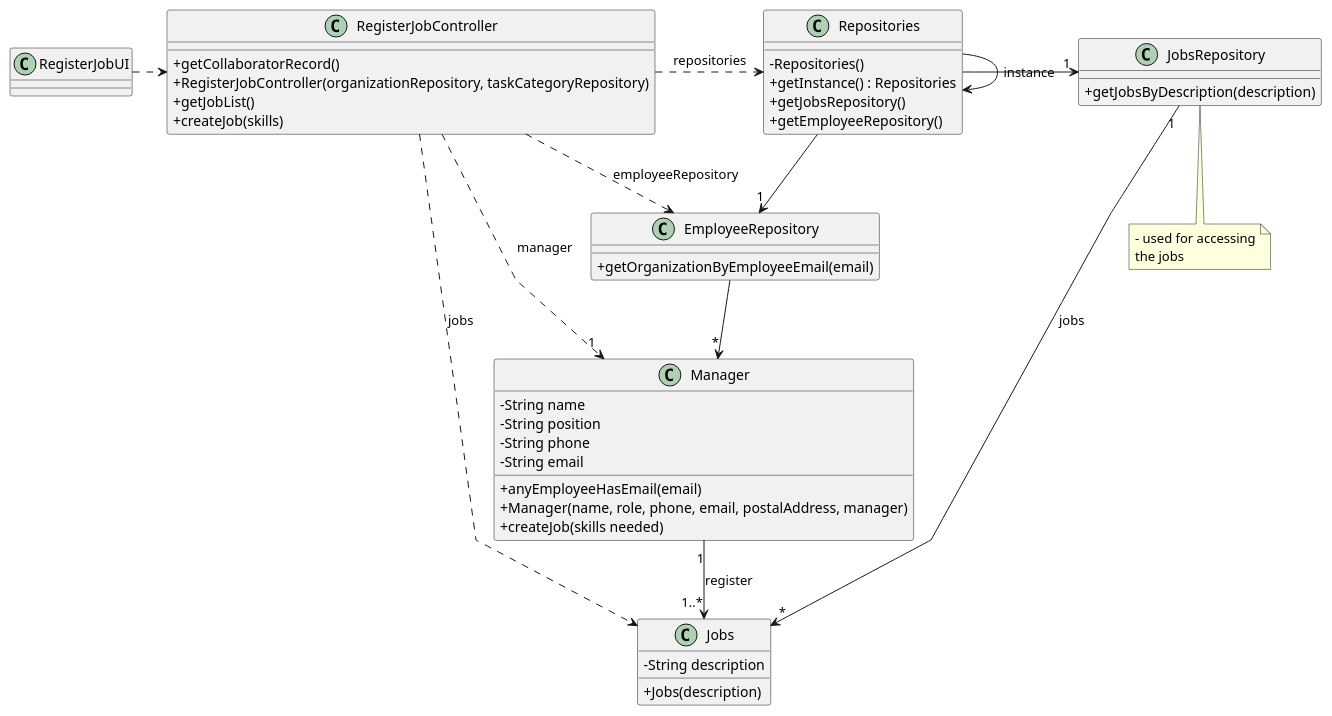
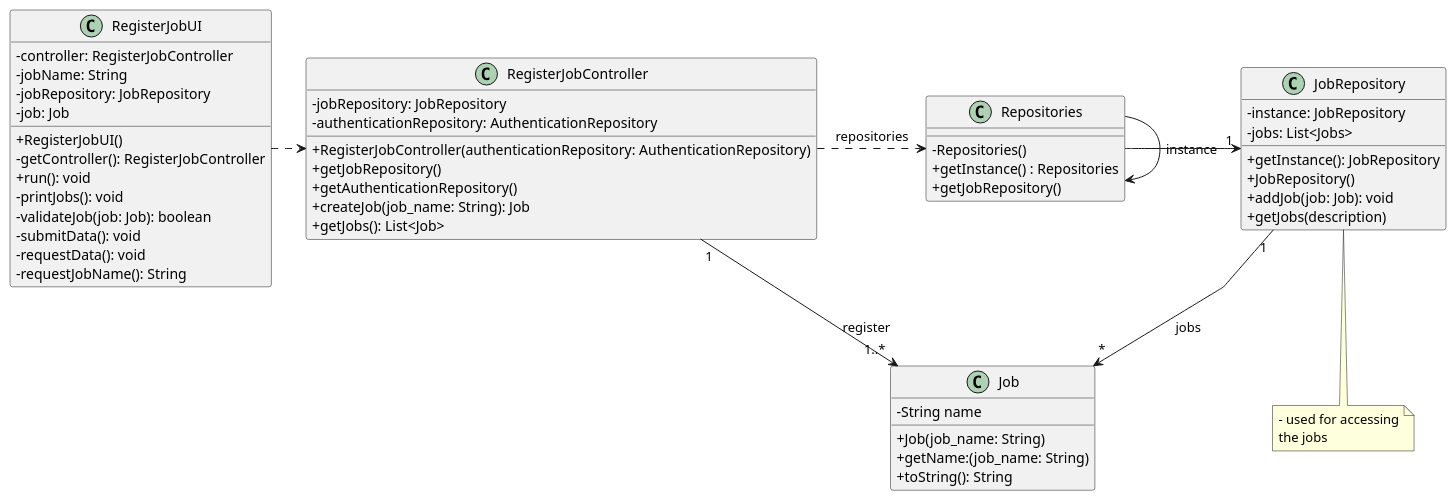
One commit to Departamento-de-Engenharia-Informatica/lei-24-s2-1df-1de-g063 changed the diagram in docs/sprintB/us002/03.design/puml/us02-class-diagram.puml. Above: the diagram before and after it, drawn with PlantUML. The commit also changed 8 other files, not shown here.

Commit message:
Class Diagram from US01 and US02

```diff
--- a/docs/sprintB/us002/03.design/puml/us02-class-diagram.puml
+++ b/docs/sprintB/us002/03.design/puml/us02-class-diagram.puml
@@ -1,80 +1,83 @@
 @startuml
 'skinparam monochrome true
 skinparam packageStyle rectangle
 skinparam shadowing false
 skinparam linetype polyline
 'skinparam linetype orto
 
 skinparam classAttributeIconSize 0
 
 'left to right direction
 
-class Jobs {
-    - String description
+class Job {
+    - String name
 
-    + Jobs(description)
+    + Job(job_name: String)
+    + getName:(job_name: String)
+    + toString(): String
 }
 
-class Manager {
-    - String name
-    - String position
-    - String phone
-    - String email
+class JobRepository {
 
-    + anyEmployeeHasEmail(email)
-    + Manager(name, role, phone, email, postalAddress, manager)
-    + createJob(skills needed)
+    - instance: JobRepository
+    - jobs: List<Jobs>
+    + getInstance(): JobRepository
+    + JobRepository()
+    + addJob(job: Job): void
+    + getJobs(description)
+
 }
 
-class JobsRepository {
-    + getJobsByDescription(description)
-}
-
-class EmployeeRepository {
-    + getOrganizationByEmployeeEmail(email)
-}
 
 class Repositories {
     - Repositories()
     + getInstance() : Repositories
-    + getJobsRepository()
-    + getEmployeeRepository()
+    + getJobRepository()
 }
 
 class RegisterJobController {
+    - jobRepository: JobRepository
+    - authenticationRepository: AuthenticationRepository
 
-    + getCollaboratorRecord()
-    + RegisterJobController(organizationRepository, taskCategoryRepository)
-    + getJobList()
-    + createJob(skills)
+    + RegisterJobController(authenticationRepository: AuthenticationRepository)
+    + getJobRepository()
+    + getAuthenticationRepository()
+    + createJob(job_name: String): Job
+    + getJobs(): List<Job>
 }
 
-note bottom of JobsRepository
+note bottom of JobRepository
     - used for accessing
     the jobs
 end note
 
 class RegisterJobUI {
+    -controller: RegisterJobController
+    -jobName: String
+    -jobRepository: JobRepository
+    -job: Job
+
+    + RegisterJobUI()
+    -getController(): RegisterJobController
+    +run(): void
+    -printJobs(): void
+    -validateJob(job: Job): boolean
+    -submitData(): void
+    -requestData(): void
+    -requestJobName(): String
 }
 
 Repositories -> Repositories : instance
 
 RegisterJobUI .> RegisterJobController
 
 RegisterJobController .> Repositories : repositories
 
-Repositories -> "1" JobsRepository
-
-RegisterJobController ..> Jobs : jobs
-RegisterJobController ..> EmployeeRepository : employeeRepository
+Repositories -> "1" JobRepository
 
 
-Repositories --> "1" EmployeeRepository
 
-EmployeeRepository --> "*" Manager
-
-RegisterJobController ..> "1" Manager : manager
-JobsRepository "1" --> "*" Jobs : jobs
-Manager "1" --> "1..*" Jobs : register
+JobRepository "1" --> "*" Job : jobs
+RegisterJobController "1" --> "1..*" Job : register
 
 @enduml
```
